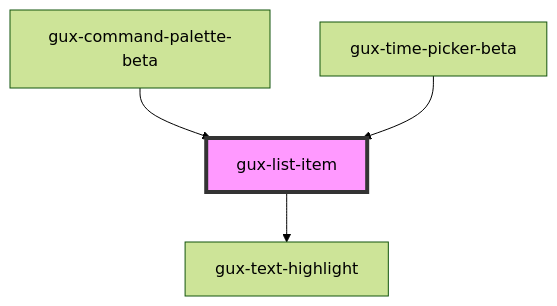
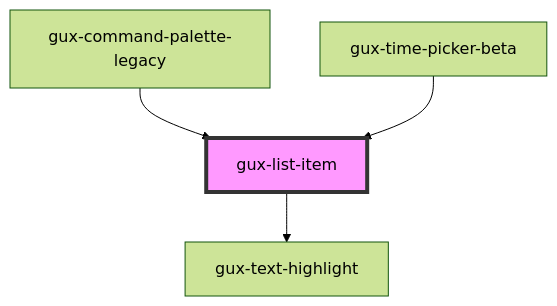
The diagram in src/components/stable/gux-list/list-item/readme.md (MyPureCloud/genesys-spark), drawn with Mermaid (forest theme) before and after one commit. The commit also changed other lines of this file and 272 other files, not shown here.

````diff
--- a/src/components/stable/gux-list/list-item/readme.md
+++ b/src/components/stable/gux-list/list-item/readme.md
@@ -50,7 +50,7 @@
 ```mermaid
 graph TD;
   gux-list-item --> gux-text-highlight
-  gux-command-palette-beta --> gux-list-item
+  gux-command-palette-legacy --> gux-list-item
   gux-time-picker-beta --> gux-list-item
   style gux-list-item fill:#f9f,stroke:#333,stroke-width:4px
 ```
````
